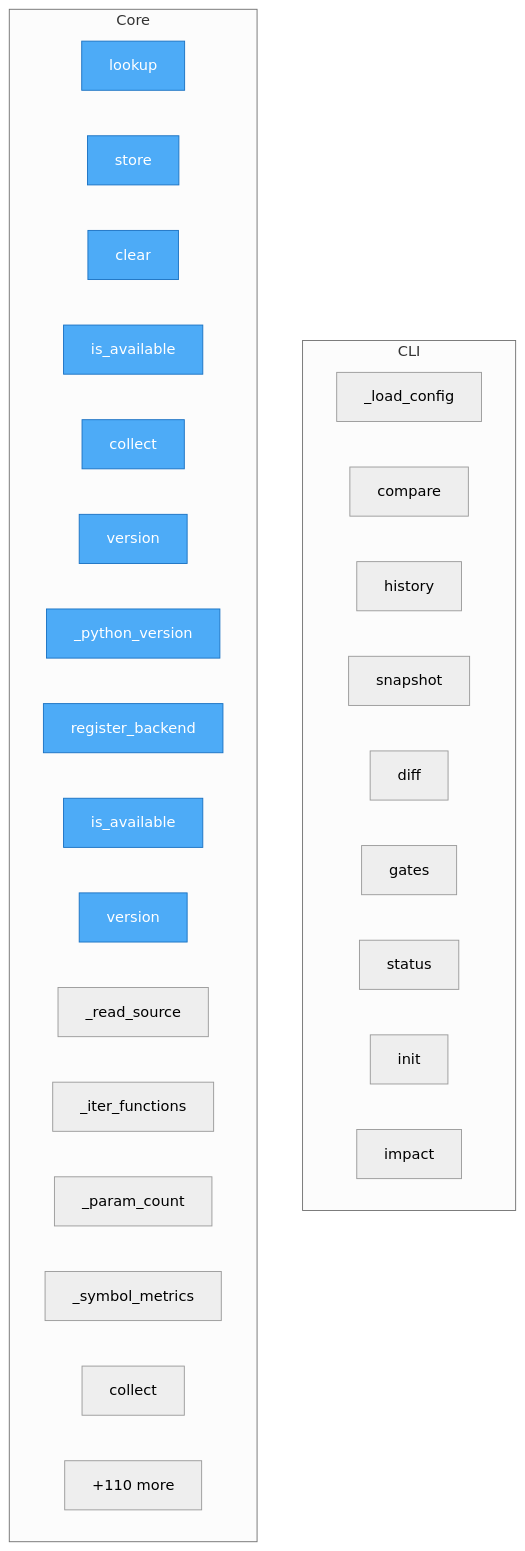
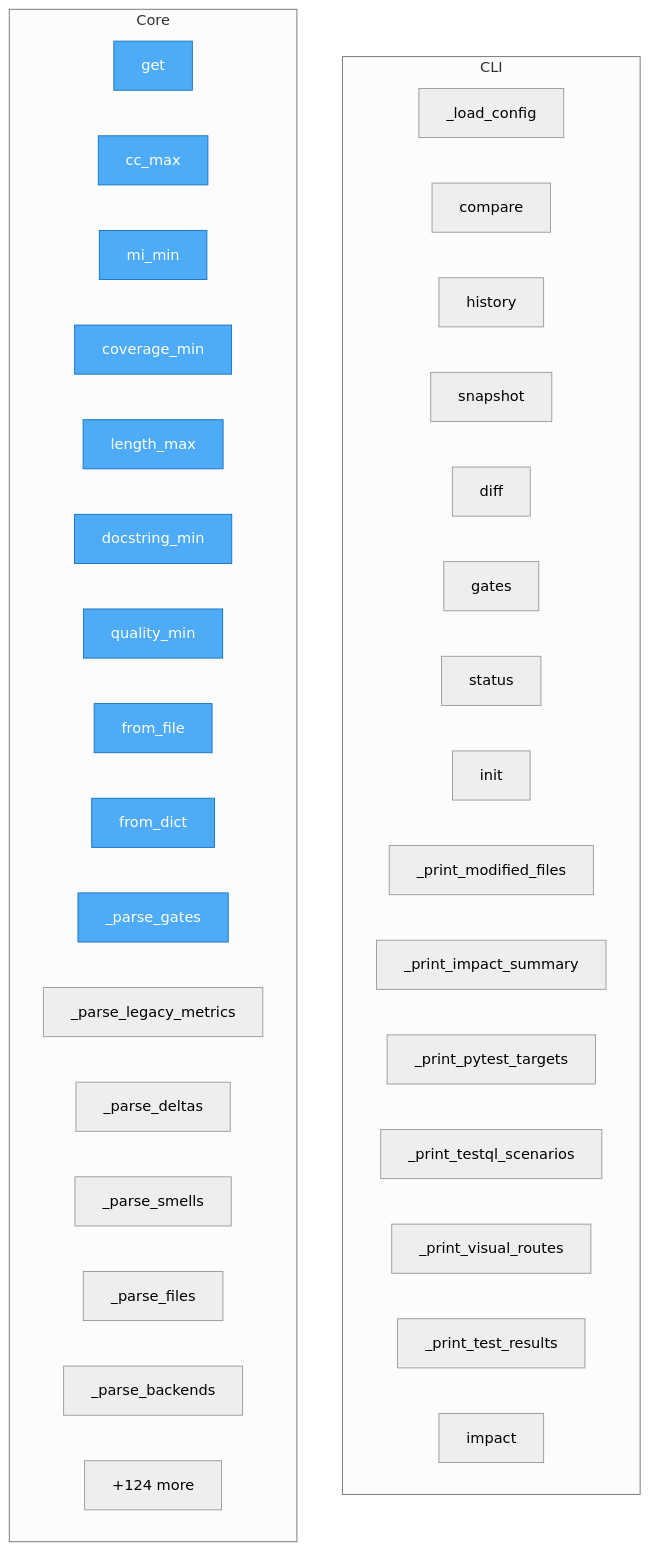
One commit to semcod/regix changed the diagram in project/flow.mmd. Above: the diagram before and after it, drawn with Mermaid (neutral theme). The commit also changed 27 other files, not shown here.

```diff
--- a/project/flow.mmd
+++ b/project/flow.mmd
@@ -1,38 +1,44 @@
 flowchart TD
-%% generated in 0.00s
+%% generated in 0.01s
 
     %% Entry points (blue)
     classDef entry fill:#4dabf7,stroke:#1971c2,color:#fff
 
     subgraph CLI
         regix__cli___load_config["_load_config"]
         regix__cli__compare["compare"]
         regix__cli__history["history"]
         regix__cli__snapshot["snapshot"]
         regix__cli__diff["diff"]
         regix__cli__gates["gates"]
         regix__cli__status["status"]
         regix__cli__init["init"]
+        regix__cli___print_modified_files["_print_modified_files"]
+        regix__cli___print_impact_summary["_print_impact_summary"]
+        regix__cli___print_pytest_targets["_print_pytest_targets"]
+        regix__cli___print_testql_scenarios["_print_testql_scenarios"]
+        regix__cli___print_visual_routes["_print_visual_routes"]
+        regix__cli___print_test_results["_print_test_results"]
         regix__cli__impact["impact"]
     end
 
     subgraph Core
-        regix__cache__lookup["lookup"]
-        regix__cache__store["store"]
-        regix__cache__clear["clear"]
-        regix__backends__base__BackendBase__is_available["is_available"]
-        regix__backends__base__BackendBase__collect["collect"]
-        regix__backends__base__BackendBase__version["version"]
-        regix__backends__base__BackendBase___python_version["_python_version"]
-        regix__backends__base__register_backend["register_backend"]
-        regix__backends__architecture_backend__ArchitectureBackend__is_available["is_available"]
-        regix__backends__architecture_backend__ArchitectureBackend__version["version"]
-        regix__backends__architecture_backend__ArchitectureBackend___read_source["_read_source"]
-        regix__backends__architecture_backend__ArchitectureBackend___iter_functions["_iter_functions"]
-        regix__backends__architecture_backend__ArchitectureBackend___param_count["_param_count"]
-        regix__backends__architecture_backend__ArchitectureBackend___symbol_metrics["_symbol_metrics"]
-        regix__backends__architecture_backend__ArchitectureBackend__collect["collect"]
-        ...["+110 more"]
+        regix__config__GateThresholds__get["get"]
+        regix__config__RegressionConfig__cc_max["cc_max"]
+        regix__config__RegressionConfig__mi_min["mi_min"]
+        regix__config__RegressionConfig__coverage_min["coverage_min"]
+        regix__config__RegressionConfig__length_max["length_max"]
+        regix__config__RegressionConfig__docstring_min["docstring_min"]
+        regix__config__RegressionConfig__quality_min["quality_min"]
+        regix__config__RegressionConfig__from_file["from_file"]
+        regix__config__RegressionConfig__from_dict["from_dict"]
+        regix__config__RegressionConfig___parse_gates["_parse_gates"]
+        regix__config__RegressionConfig___parse_legacy_metrics["_parse_legacy_metrics"]
+        regix__config__RegressionConfig___parse_deltas["_parse_deltas"]
+        regix__config__RegressionConfig___parse_smells["_parse_smells"]
+        regix__config__RegressionConfig___parse_files["_parse_files"]
+        regix__config__RegressionConfig___parse_backends["_parse_backends"]
+        ...["+124 more"]
     end
 
-    class regix__cache__lookup,regix__cache__store,regix__cache__clear,regix__backends__base__BackendBase__is_available,regix__backends__base__BackendBase__collect,regix__backends__base__BackendBase__version,regix__backends__base__BackendBase___python_version,regix__backends__base__register_backend,regix__backends__architecture_backend__ArchitectureBackend__is_available,regix__backends__architecture_backend__ArchitectureBackend__version entry
+    class regix__config__GateThresholds__get,regix__config__RegressionConfig__cc_max,regix__config__RegressionConfig__mi_min,regix__config__RegressionConfig__coverage_min,regix__config__RegressionConfig__length_max,regix__config__RegressionConfig__docstring_min,regix__config__RegressionConfig__quality_min,regix__config__RegressionConfig__from_file,regix__config__RegressionConfig__from_dict,regix__config__RegressionConfig___parse_gates entry
```
